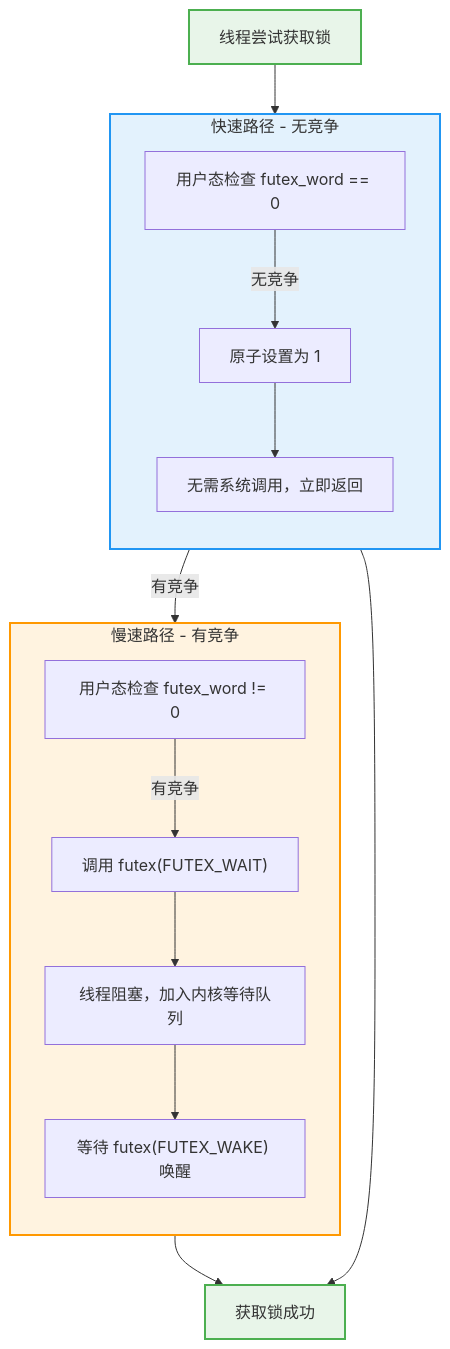
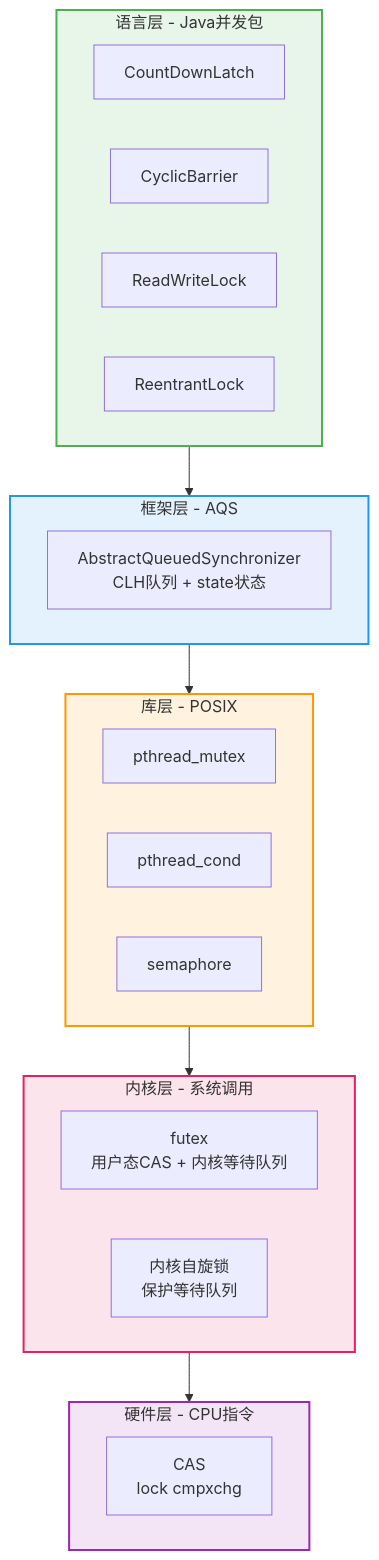
One commit to wilimm/rocketmq changed the sixth of 21 diagrams in docs2/01-线程与并发.md. Above: the diagram before and after it, drawn with Mermaid. The commit also changed other lines of this file and 15 other files, not shown here.

````diff
--- a/docs2/01-线程与并发.md
+++ b/docs2/01-线程与并发.md
@@ -197,31 +457,39 @@
 ```mermaid
 flowchart TD
-    Start["线程尝试获取锁"] --> A1
-
-    subgraph FastPath["快速路径 - 无竞争"]
-        direction TB
-        A1["用户态检查 futex_word == 0"]
-        A2["原子设置为 1"]
-        A3["无需系统调用，立即返回"]
-        A1 -->|"无竞争"| A2 --> A3
+    subgraph LanguageLayer["语言层 - Java并发包"]
+        L1["CountDownLatch"]
+        L2["CyclicBarrier"]
+        L3["ReadWriteLock"]
+        L4["ReentrantLock"]
     end
 
-    subgraph SlowPath["慢速路径 - 有竞争"]
-        direction TB
-        B1["用户态检查 futex_word != 0"]
-        B2["调用 futex(FUTEX_WAIT)"]
-        B3["线程阻塞，加入内核等待队列"]
-        B4["等待 futex(FUTEX_WAKE) 唤醒"]
-        B1 -->|"有竞争"| B2 --> B3 --> B4
+    subgraph FrameworkLayer["框架层 - AQS"]
+        F1["AbstractQueuedSynchronizer<br/>CLH队列 + state状态"]
     end
 
-    A1 -->|"有竞争"| B1
-    A3 --> End["获取锁成功"]
-    B4 --> End
+    subgraph POSIXLayer["库层 - POSIX"]
+        P1["pthread_mutex"]
+        P2["pthread_cond"]
+        P3["semaphore"]
+    end
 
-    %% 样式定义
-    style Start fill:#e8f5e9,stroke:#4caf50,stroke-width:2px
-    style End fill:#e8f5e9,stroke:#4caf50,stroke-width:2px
-    style FastPath fill:#e3f2fd,stroke:#2196f3,stroke-width:2px
-    style SlowPath fill:#fff3e0,stroke:#ff9800,stroke-width:2px
+    subgraph KernelLayer["内核层 - 系统调用"]
+        K1["futex<br/>用户态CAS + 内核等待队列"]
+        K2["内核自旋锁<br/>保护等待队列"]
+    end
+
+    subgraph HardwareLayer["硬件层 - CPU指令"]
+        H1["CAS<br/>lock cmpxchg"]
+    end
+
+    LanguageLayer --> FrameworkLayer
+    FrameworkLayer --> POSIXLayer
+    POSIXLayer --> KernelLayer
+    KernelLayer --> HardwareLayer
+
+    style LanguageLayer fill:#e8f5e9,stroke:#4caf50,stroke-width:2px
+    style FrameworkLayer fill:#e3f2fd,stroke:#2196f3,stroke-width:2px
+    style POSIXLayer fill:#fff3e0,stroke:#ff9800,stroke-width:2px
+    style KernelLayer fill:#fce4ec,stroke:#e91e63,stroke-width:2px
+    style HardwareLayer fill:#f3e5f5,stroke:#9c27b0,stroke-width:2px
 ```
````
